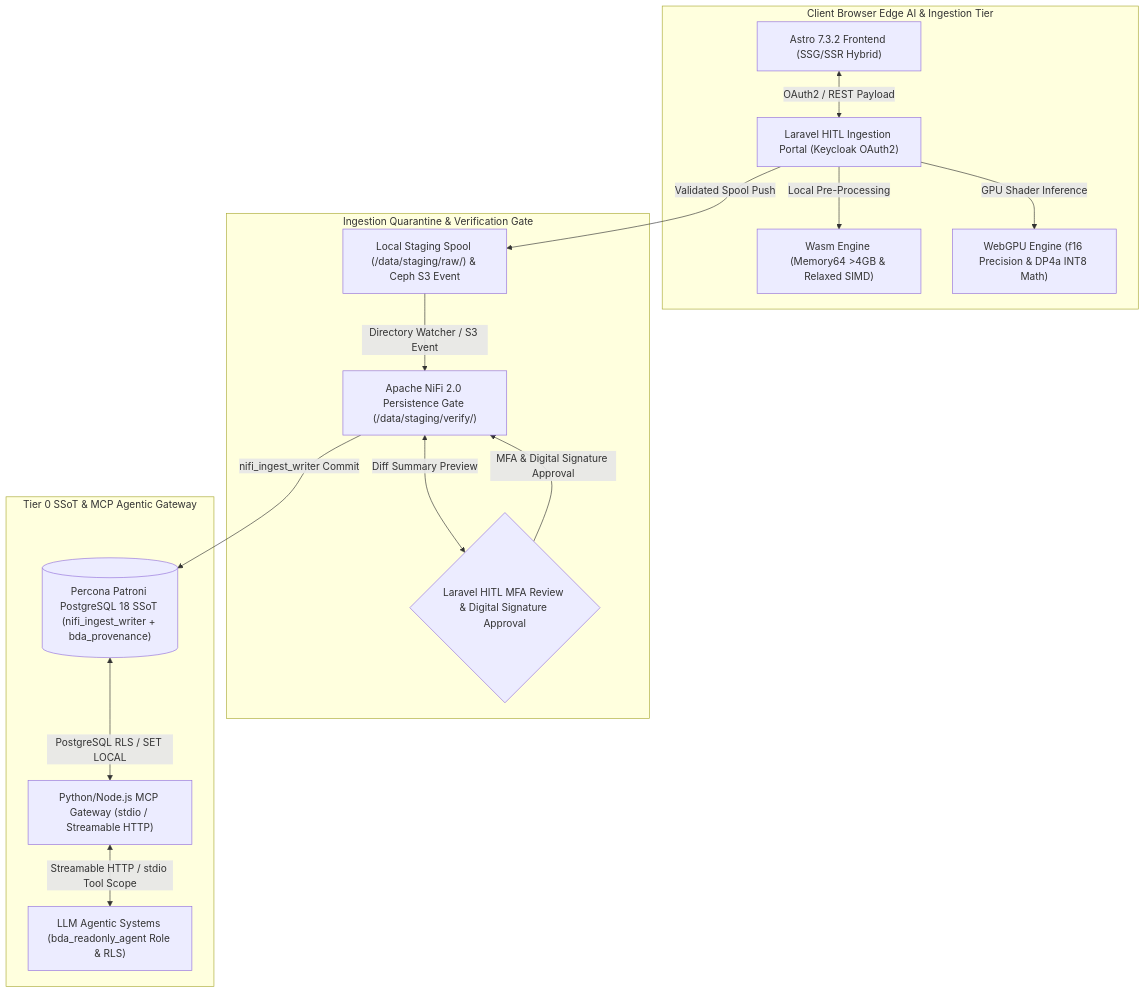
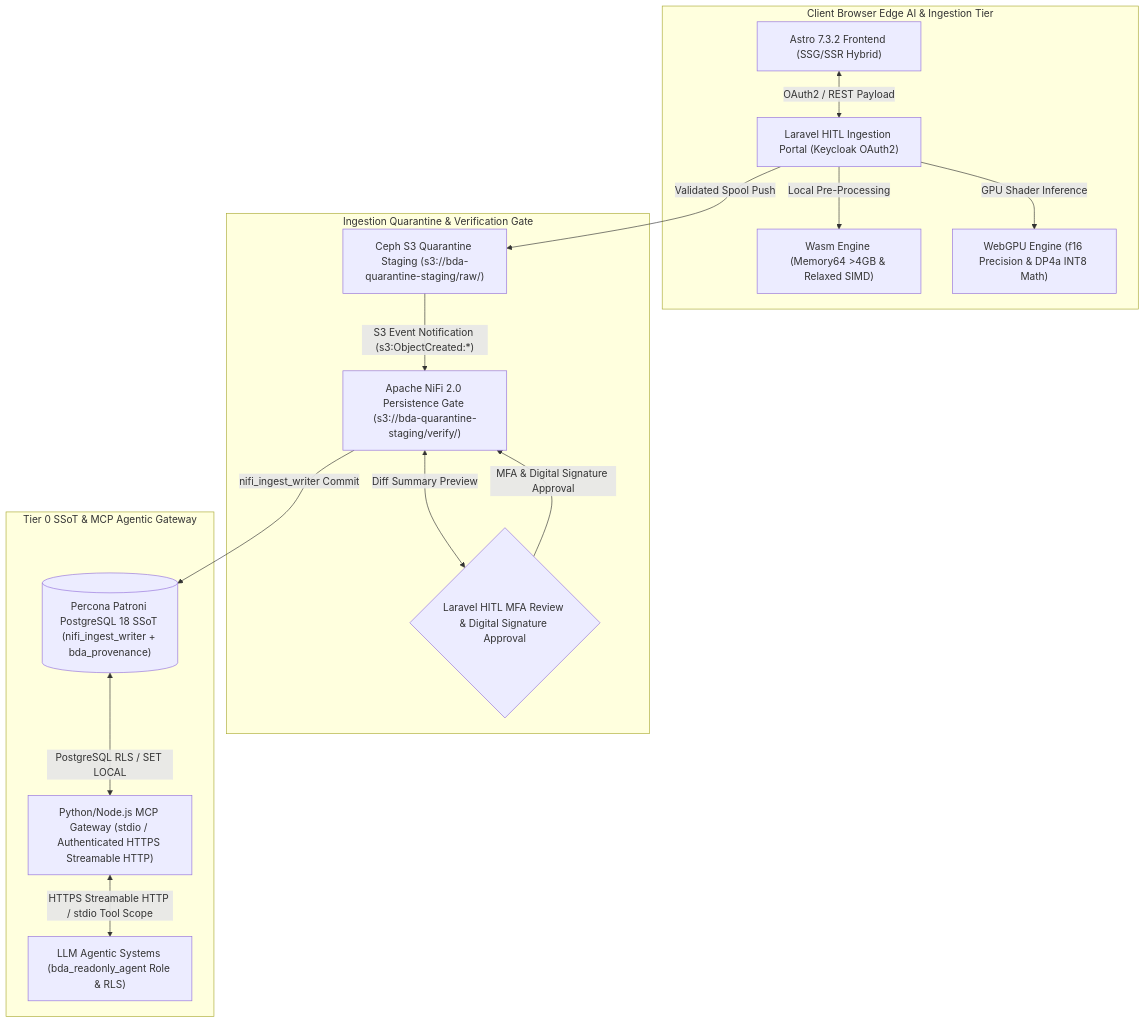
One commit to linuxmalaysia/bda-ai-infra changed the second of 3 diagrams in docs/IT-MANAGEMENT-PROPOSAL.md. Above: the diagram before and after it, drawn with Mermaid. The commit also changed other lines of this file, not shown here.

First line of the commit message:
docs: refine proposal MCP guardrails and Ceph S3 quarantine representation

````diff
--- a/docs/IT-MANAGEMENT-PROPOSAL.md
+++ b/docs/IT-MANAGEMENT-PROPOSAL.md
@@ -587,32 +587,32 @@
 ```mermaid
 flowchart TD
     subgraph PLE_ClientEdge ["Client Browser Edge AI & Ingestion Tier"]
         PLE_Astro["Astro 7.3.2 Frontend (SSG/SSR Hybrid)"]
         PLE_Laravel["Laravel HITL Ingestion Portal (Keycloak OAuth2)"]
         PLE_Wasm["Wasm Engine (Memory64 >4GB & Relaxed SIMD)"]
         PLE_WebGPU["WebGPU Engine (f16 Precision & DP4a INT8 Math)"]
     end
 
     subgraph PLE_QuarantineGate ["Ingestion Quarantine & Verification Gate"]
-        PLE_RustFS["Local Staging Spool (/data/staging/raw/) & Ceph S3 Event"]
-        PLE_NiFiGate["Apache NiFi 2.0 Persistence Gate (/data/staging/verify/)"]
+        PLE_CephS3["Ceph S3 Quarantine Staging (s3://bda-quarantine-staging/raw/)"]
+        PLE_NiFiGate["Apache NiFi 2.0 Persistence Gate (s3://bda-quarantine-staging/verify/)"]
         PLE_HumanReview{"Laravel HITL MFA Review & Digital Signature Approval"}
     end
 
     subgraph PLE_PersistenceMCP ["Tier 0 SSoT & MCP Agentic Gateway"]
         PLE_Postgres[("Percona Patroni PostgreSQL 18 SSoT (nifi_ingest_writer + bda_provenance)")]
-        PLE_MCPGateway["Python/Node.js MCP Gateway (stdio / Streamable HTTP)"]
+        PLE_MCPGateway["Python/Node.js MCP Gateway (stdio / Authenticated HTTPS Streamable HTTP)"]
         PLE_LLMAgents["LLM Agentic Systems (bda_readonly_agent Role & RLS)"]
     end
 
     PLE_Astro <-->|"OAuth2 / REST Payload"| PLE_Laravel
     PLE_Laravel -->|"Local Pre-Processing"| PLE_Wasm
     PLE_Laravel -->|"GPU Shader Inference"| PLE_WebGPU
-    PLE_Laravel -->|"Validated Spool Push"| PLE_RustFS
-    PLE_RustFS -->|"Directory Watcher / S3 Event"| PLE_NiFiGate
+    PLE_Laravel -->|"Validated Spool Push"| PLE_CephS3
+    PLE_CephS3 -->|"S3 Event Notification (s3:ObjectCreated:*)"| PLE_NiFiGate
     PLE_NiFiGate <-->|"Diff Summary Preview"| PLE_HumanReview
     PLE_HumanReview -->|"MFA & Digital Signature Approval"| PLE_NiFiGate
     PLE_NiFiGate -->|"nifi_ingest_writer Commit"| PLE_Postgres
     PLE_Postgres <-->|"PostgreSQL RLS / SET LOCAL"| PLE_MCPGateway
-    PLE_MCPGateway <-->|"Streamable HTTP / stdio Tool Scope"| PLE_LLMAgents
+    PLE_MCPGateway <-->|"HTTPS Streamable HTTP / stdio Tool Scope"| PLE_LLMAgents
 ```
````
